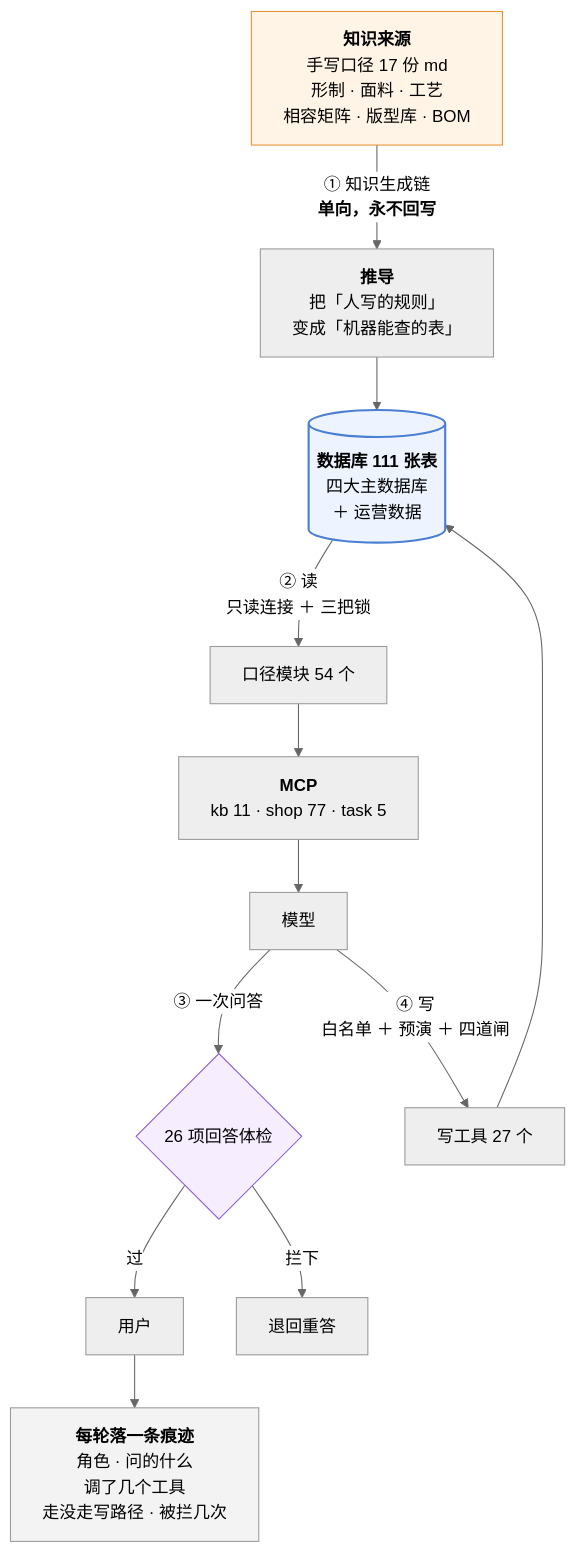
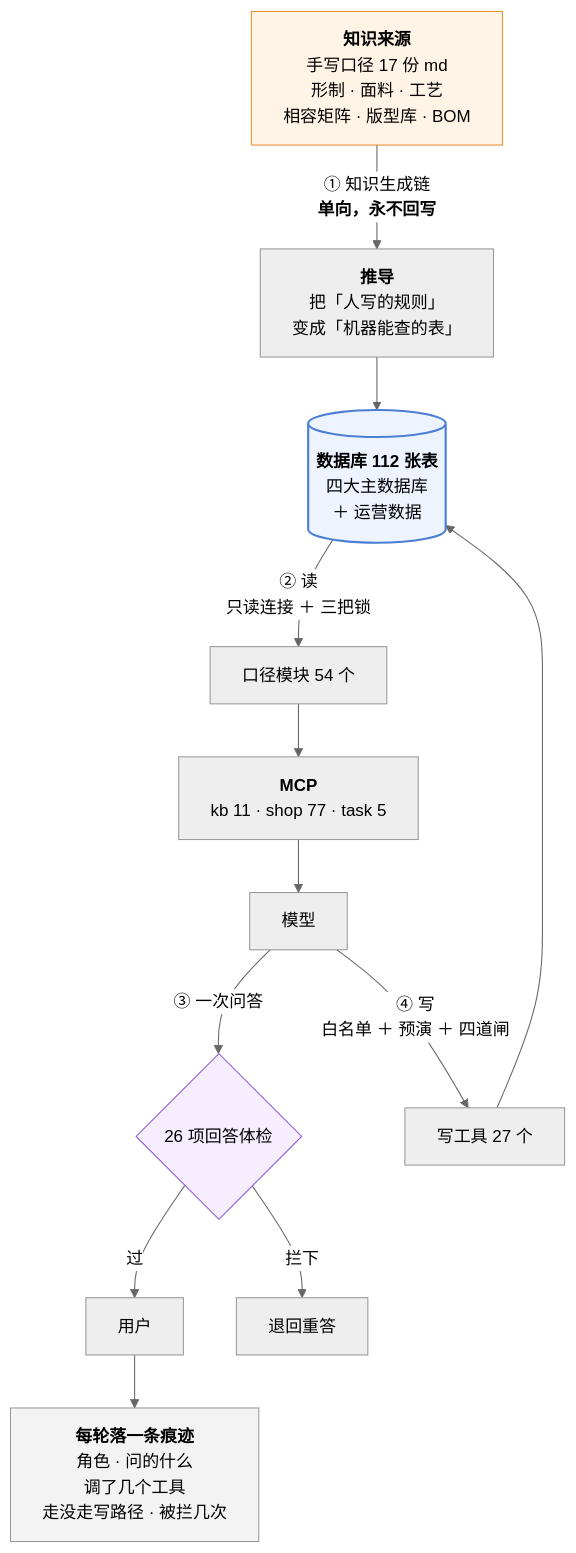
One commit to 843773296-rgb/lanxiu-yunshang-agent changed the third of 3 diagrams in 澜绣云裳agent-产品说明.md. Above: the diagram before and after it, drawn with Mermaid (neutral theme). The commit also changed other lines of this file and 8 other files, not shown here.

````diff
--- a/澜绣云裳agent-产品说明.md
+++ b/澜绣云裳agent-产品说明.md
@@ -969,24 +969,24 @@
 ```mermaid
 flowchart TD
     MD["<b>知识来源</b><br/>手写口径 17 份 md<br/>形制 · 面料 · 工艺<br/>相容矩阵 · 版型库 · BOM"]
     MD -->|"① 知识生成链<br/><b>单向，永不回写</b>"| DV["<b>推导</b><br/>把「人写的规则」<br/>变成「机器能查的表」"]
-    DV --> DB[("<b>数据库 111 张表</b><br/>四大主数据库<br/>＋ 运营数据")]
+    DV --> DB[("<b>数据库 112 张表</b><br/>四大主数据库<br/>＋ 运营数据")]
 
     DB -->|"② 读<br/>只读连接 ＋ 三把锁"| KJ["口径模块 54 个"]
     KJ --> MCP["<b>MCP</b><br/>kb 11 · shop 77 · task 5"]
     MCP --> LLM["模型"]
 
     LLM -->|"③ 一次问答"| GD{"26 项回答体检"}
     GD -- 过 --> U["用户"]
     GD -- 拦下 --> RE["退回重答"]
 
     LLM -->|"④ 写<br/>白名单 ＋ 预演 ＋ 四道闸"| W["写工具 27 个"]
     W --> DB
 
     U --> TR["<b>每轮落一条痕迹</b><br/>角色 · 问的什么<br/>调了几个工具<br/>走没走写路径 · 被拦几次"]
 
     style MD fill:#fff4e6,stroke:#e8912d
     style DB fill:#eef4ff,stroke:#4a7fd4,stroke-width:2px
     style GD fill:#f6eeff,stroke:#8b5cd6
     style TR fill:#f3f3f3,stroke:#999
 ```
````
